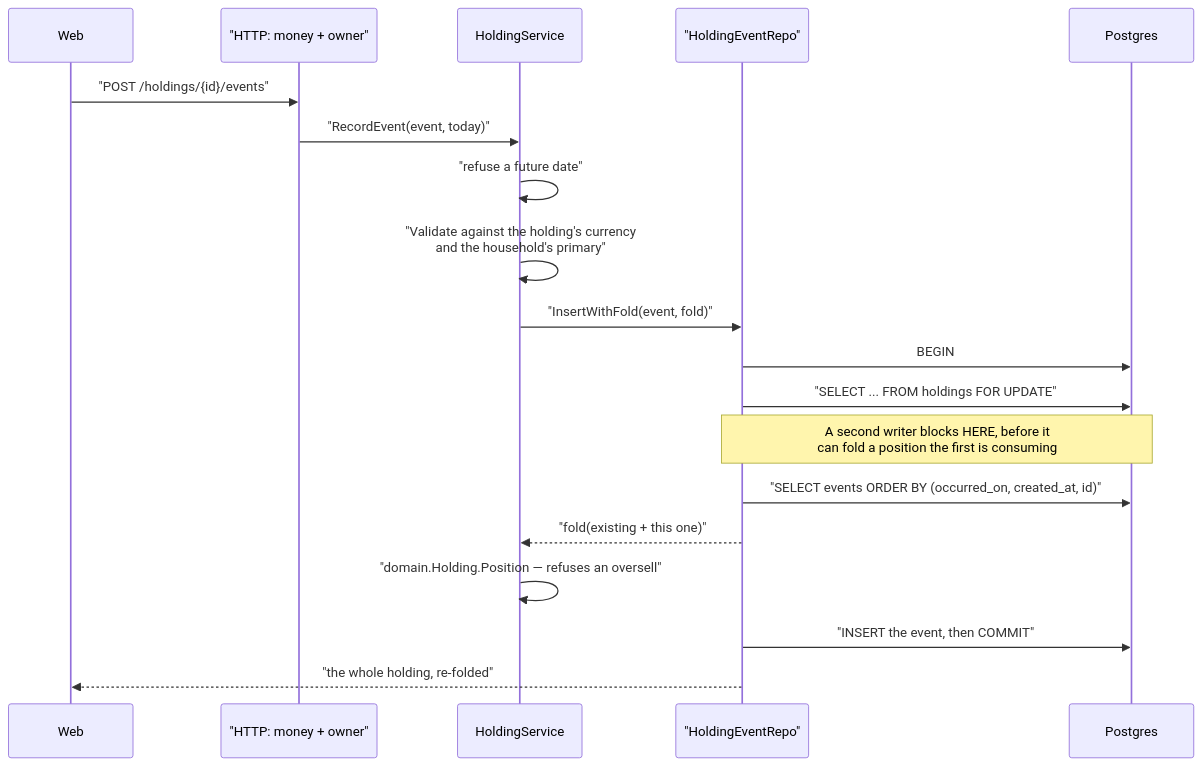
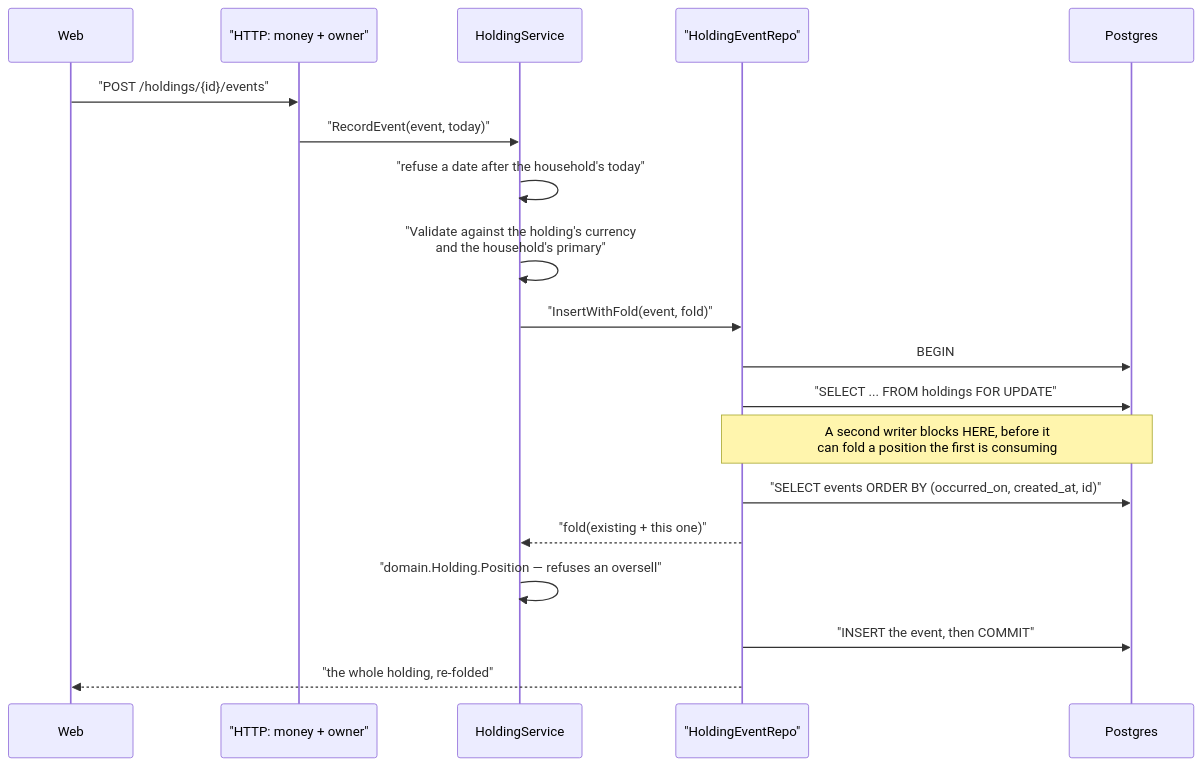
One commit to oandrz/Household changed diagram 23 of 28 in docs/SYSTEM_DESIGN.md. Above: the diagram before and after it, drawn with Mermaid. The commit also changed other lines of this file and 7 other files, not shown here.

````diff
--- a/docs/SYSTEM_DESIGN.md
+++ b/docs/SYSTEM_DESIGN.md
@@ -2879,22 +3008,22 @@
 ```mermaid
 sequenceDiagram
     participant W as Web
     participant H as "HTTP: money + owner"
     participant S as HoldingService
     participant R as "HoldingEventRepo"
     participant DB as Postgres
 
     W->>H: "POST /holdings/{id}/events"
     H->>S: "RecordEvent(event, today)"
-    S->>S: "refuse a future date"
+    S->>S: "refuse a date after the household's today"
     S->>S: "Validate against the holding's currency<br/>and the household's primary"
     S->>R: "InsertWithFold(event, fold)"
     R->>DB: BEGIN
     R->>DB: "SELECT ... FROM holdings FOR UPDATE"
     Note over R,DB: A second writer blocks HERE, before it<br/>can fold a position the first is consuming
     R->>DB: "SELECT events ORDER BY (occurred_on, created_at, id)"
     R-->>S: "fold(existing + this one)"
     S->>S: "domain.Holding.Position — refuses an oversell"
     R->>DB: "INSERT the event, then COMMIT"
     R-->>W: "the whole holding, re-folded"
 ```
````
